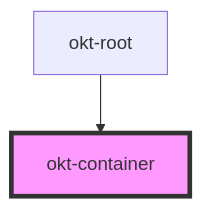
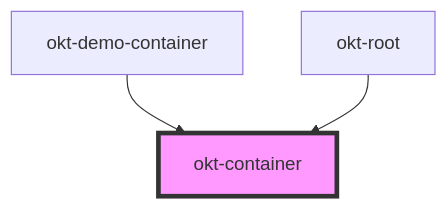
Before and after one commit to oktopusdgtl/bulma-components: the diagram in src/components/container/readme.md, drawn with Mermaid. The commit also changed other lines of this file and 22 other files, not shown here.

````diff
--- a/src/components/container/readme.md
+++ b/src/components/container/readme.md
@@ -15,5 +24,6 @@
 ```mermaid
 graph TD;
+  okt-demo-container --> okt-container
   okt-root --> okt-container
   style okt-container fill:#f9f,stroke:#333,stroke-width:4px
 ```
````
